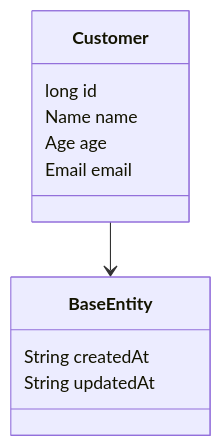
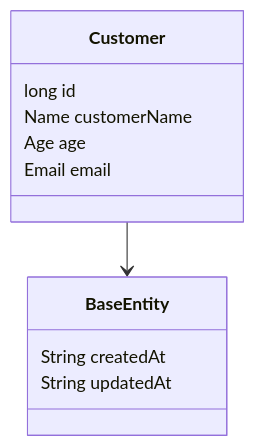
One commit to prgrms-be-devcourse/springboot-jpa changed the diagram in customer.mermaid. Above: the diagram before and after it, drawn with Mermaid. The commit also changed 23 other files, not shown here.

```diff
--- a/customer.mermaid
+++ b/customer.mermaid
@@ -1,15 +1,15 @@
 classDiagram
     
     class Customer {
         long id
-        Name name
+        Name customerName
         Age age
         Email email
     }
 
     class BaseEntity {
         String createdAt
         String updatedAt
     }
 
     Customer --> BaseEntity
```
